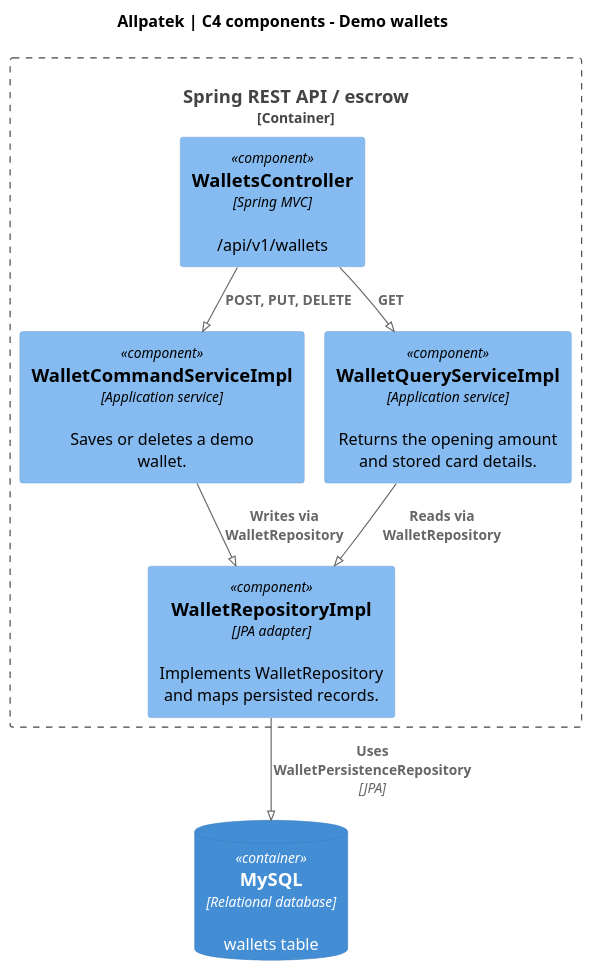
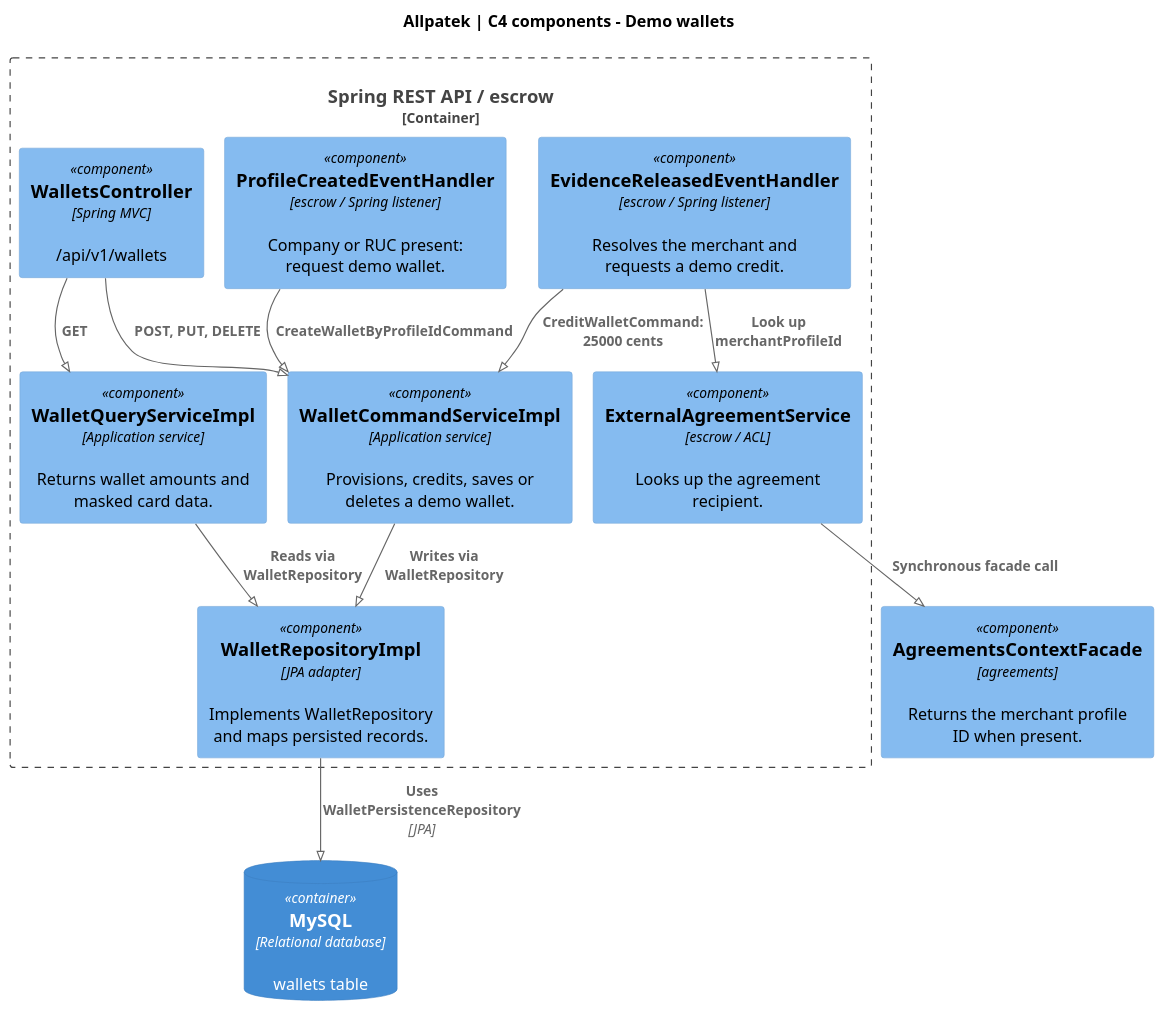
One commit to upc-pre-202620-1asi0729-7753-Terranova/allpatek-report changed the diagram in assets/chapter-04/architecture/c4-escrow.puml. Above: the diagram before and after it, drawn with PlantUML. The commit also changed 3 other files, not shown here.

Commit message:
docs(c4): trace wallet provisioning and merchant credits

```diff
--- a/assets/chapter-04/architecture/c4-escrow.puml
+++ b/assets/chapter-04/architecture/c4-escrow.puml
@@ -1,24 +1,35 @@
 @startuml
 !pragma layout smetana
 !include <C4/C4_Component>
 skinparam backgroundColor white
 skinparam defaultFontName SansSerif
 skinparam shadowing false
 skinparam dpi 120
 LAYOUT_TOP_DOWN()
 
 title Allpatek | C4 components - Demo wallets
 Container_Boundary(api, "Spring REST API / escrow") {
   Component(rest, "WalletsController", "Spring MVC", "/api/v1/wallets")
-  Component(cmd, "WalletCommandServiceImpl", "Application service", "Saves or deletes a demo wallet.")
-  Component(query, "WalletQueryServiceImpl", "Application service", "Returns the opening amount and stored card details.")
+  Component(cmd, "WalletCommandServiceImpl", "Application service", "Provisions, credits, saves or deletes a demo wallet.")
+  Component(query, "WalletQueryServiceImpl", "Application service", "Returns wallet amounts and masked card data.")
   Component(repo, "WalletRepositoryImpl", "JPA adapter", "Implements WalletRepository and maps persisted records.")
+  Component(prov, "ProfileCreatedEventHandler", "escrow / Spring listener", "Company or RUC present: request demo wallet.")
+  Component(credit, "EvidenceReleasedEventHandler", "escrow / Spring listener", "Resolves the merchant and requests a demo credit.")
+  Component(acl, "ExternalAgreementService", "escrow / ACL", "Looks up the agreement recipient.")
 }
 
 ContainerDb(db, "MySQL", "Relational database", "wallets table")
 Rel(rest, cmd, "POST, PUT, DELETE")
 Rel(rest, query, "GET")
 Rel(cmd, repo, "Writes via WalletRepository")
 Rel(query, repo, "Reads via WalletRepository")
 Rel(repo, db, "Uses WalletPersistenceRepository", "JPA")
+
+
+
+Component(ag, "AgreementsContextFacade", "agreements", "Returns the merchant profile ID when present.")
+Rel(prov, cmd, "CreateWalletByProfileIdCommand")
+Rel(credit, acl, "Look up merchantProfileId")
+Rel(acl, ag, "Synchronous facade call")
+Rel(credit, cmd, "CreditWalletCommand: 25000 cents")
 @enduml
```
